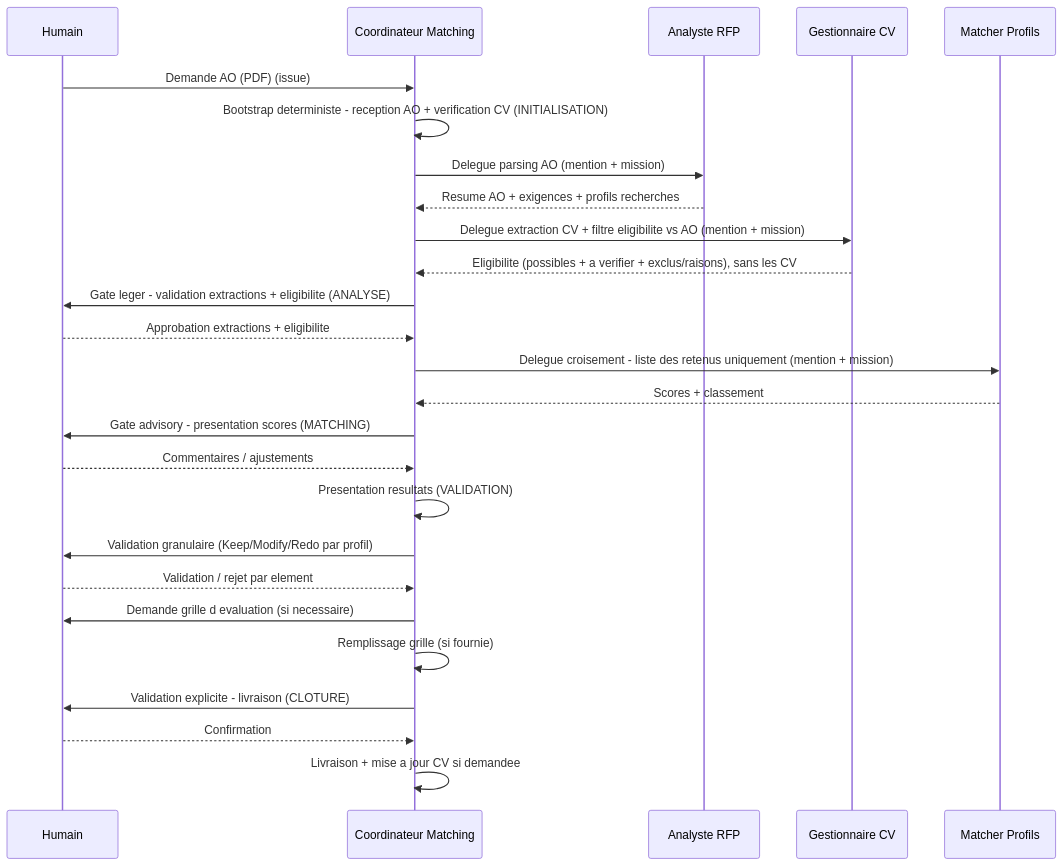
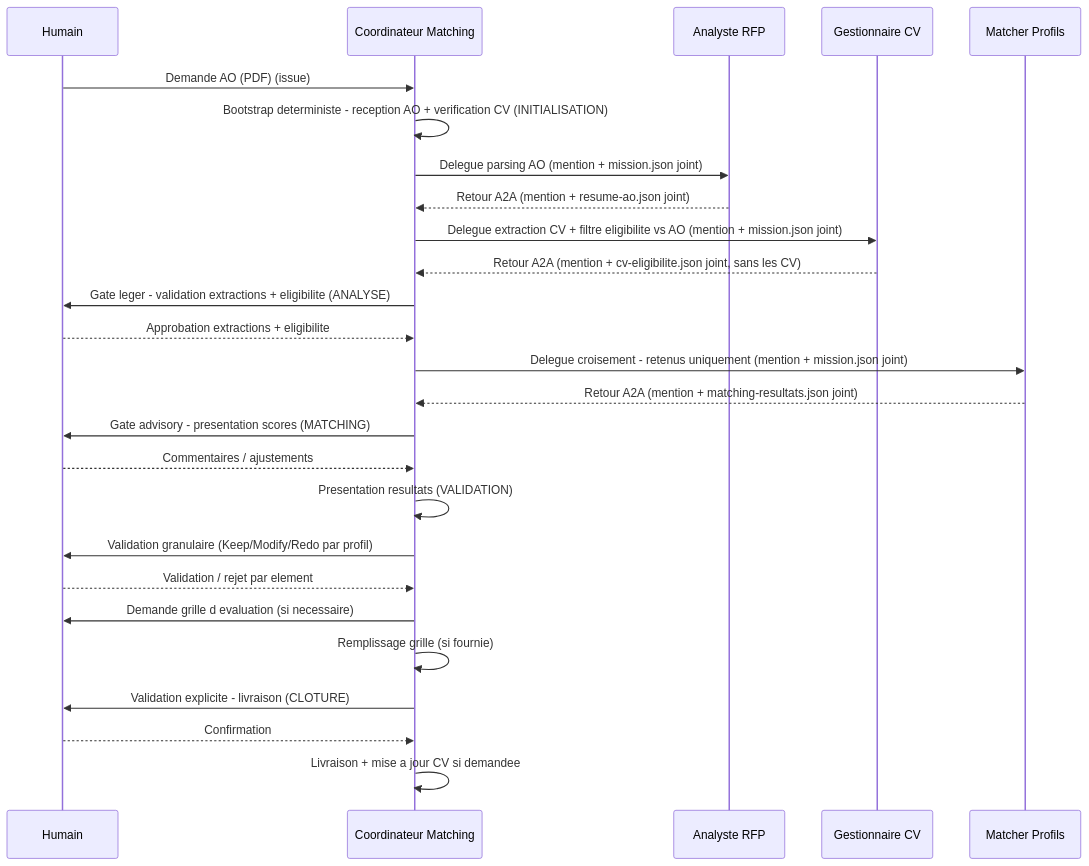
One commit to Gsyltc/homelab-portfolio changed the second of 2 diagrams in matching-cv-ao/common/conductor.md. Above: the diagram before and after it, drawn with Mermaid. The commit also changed other lines of this file and 15 other files, not shown here.

First line of the commit message:
matching-cv-ao: limiter la prose A2A — echanges par fichier JSON joint

````diff
--- a/matching-cv-ao/common/conductor.md
+++ b/matching-cv-ao/common/conductor.md
@@ -166,29 +166,29 @@
 ```mermaid
 sequenceDiagram
     participant H as Humain
     participant S as Coordinateur Matching
     participant A as Analyste RFP
     participant G as Gestionnaire CV
     participant M as Matcher Profils
 
     H->>S: Demande AO (PDF) (issue)
     S->>S: Bootstrap deterministe - reception AO + verification CV (INITIALISATION)
-    S->>A: Delegue parsing AO (mention + mission)
-    A-->>S: Resume AO + exigences + profils recherches
-    S->>G: Delegue extraction CV + filtre eligibilite vs AO (mention + mission)
-    G-->>S: Eligibilite (possibles + a verifier + exclus/raisons), sans les CV
+    S->>A: Delegue parsing AO (mention + mission.json joint)
+    A-->>S: Retour A2A (mention + resume-ao.json joint)
+    S->>G: Delegue extraction CV + filtre eligibilite vs AO (mention + mission.json joint)
+    G-->>S: Retour A2A (mention + cv-eligibilite.json joint, sans les CV)
     S->>H: Gate leger - validation extractions + eligibilite (ANALYSE)
     H-->>S: Approbation extractions + eligibilite
-    S->>M: Delegue croisement - liste des retenus uniquement (mention + mission)
-    M-->>S: Scores + classement
+    S->>M: Delegue croisement - retenus uniquement (mention + mission.json joint)
+    M-->>S: Retour A2A (mention + matching-resultats.json joint)
     S->>H: Gate advisory - presentation scores (MATCHING)
     H-->>S: Commentaires / ajustements
     S->>S: Presentation resultats (VALIDATION)
     S->>H: Validation granulaire (Keep/Modify/Redo par profil)
     H-->>S: Validation / rejet par element
     S->>H: Demande grille d evaluation (si necessaire)
     S->>S: Remplissage grille (si fournie)
     S->>H: Validation explicite - livraison (CLOTURE)
     H-->>S: Confirmation
     S->>S: Livraison + mise a jour CV si demandee
 ```
````
